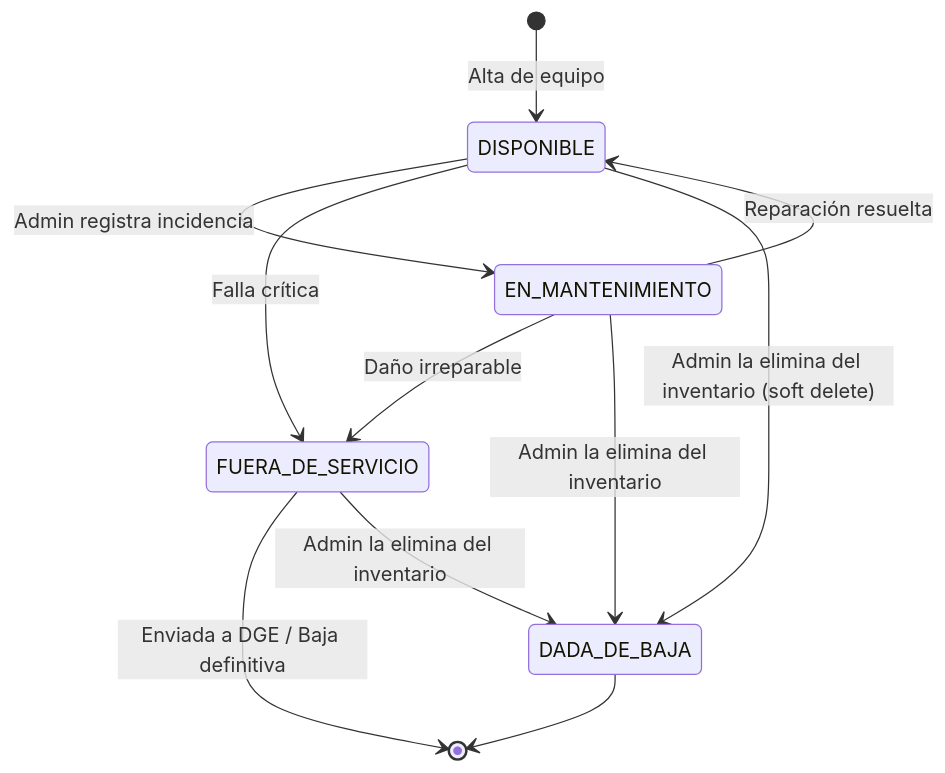
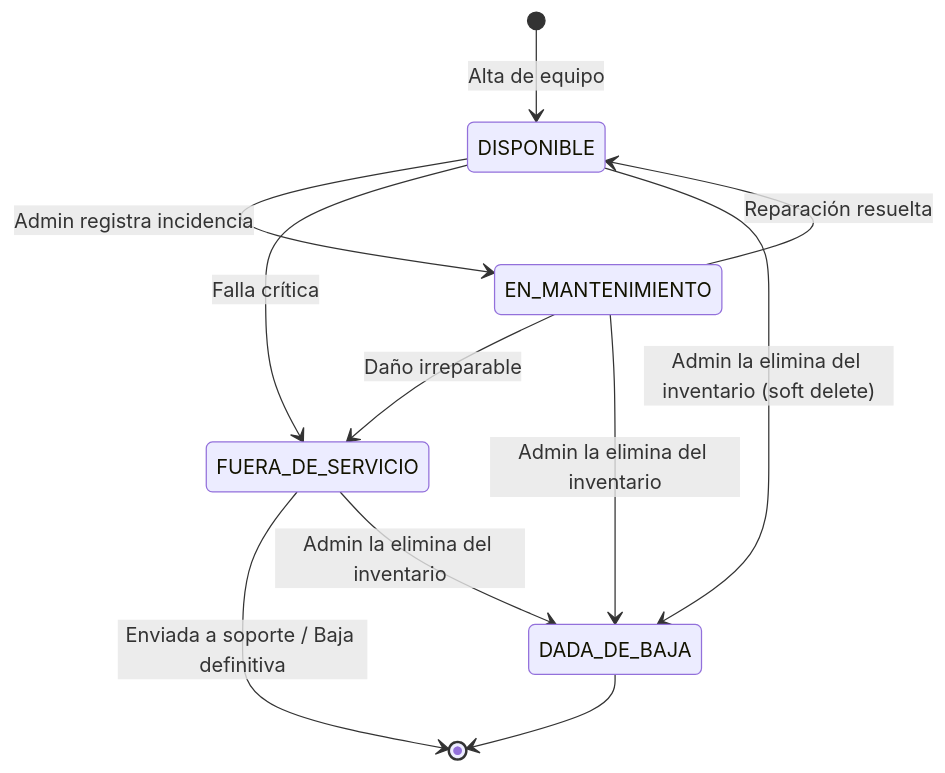
Before and after one commit to agustin-y2k/sgrc: the first of 5 diagrams in docs/05-diagramas-estado.md, drawn with Mermaid. The commit also changed 100 other files, not shown here.

````diff
--- a/docs/05-diagramas-estado.md
+++ b/docs/05-diagramas-estado.md
@@ -5,13 +5,13 @@
 ```mermaid
 stateDiagram-v2
     [*] --> DISPONIBLE: Alta de equipo
     DISPONIBLE --> EN_MANTENIMIENTO: Admin registra incidencia
     EN_MANTENIMIENTO --> DISPONIBLE: Reparación resuelta
     EN_MANTENIMIENTO --> FUERA_DE_SERVICIO: Daño irreparable
     DISPONIBLE --> FUERA_DE_SERVICIO: Falla crítica
-    FUERA_DE_SERVICIO --> [*]: Enviada a DGE / Baja definitiva
+    FUERA_DE_SERVICIO --> [*]: Enviada a soporte / Baja definitiva
     DISPONIBLE --> DADA_DE_BAJA: Admin la elimina del inventario (soft delete)
     EN_MANTENIMIENTO --> DADA_DE_BAJA: Admin la elimina del inventario
     FUERA_DE_SERVICIO --> DADA_DE_BAJA: Admin la elimina del inventario
     DADA_DE_BAJA --> [*]
 ```
````
